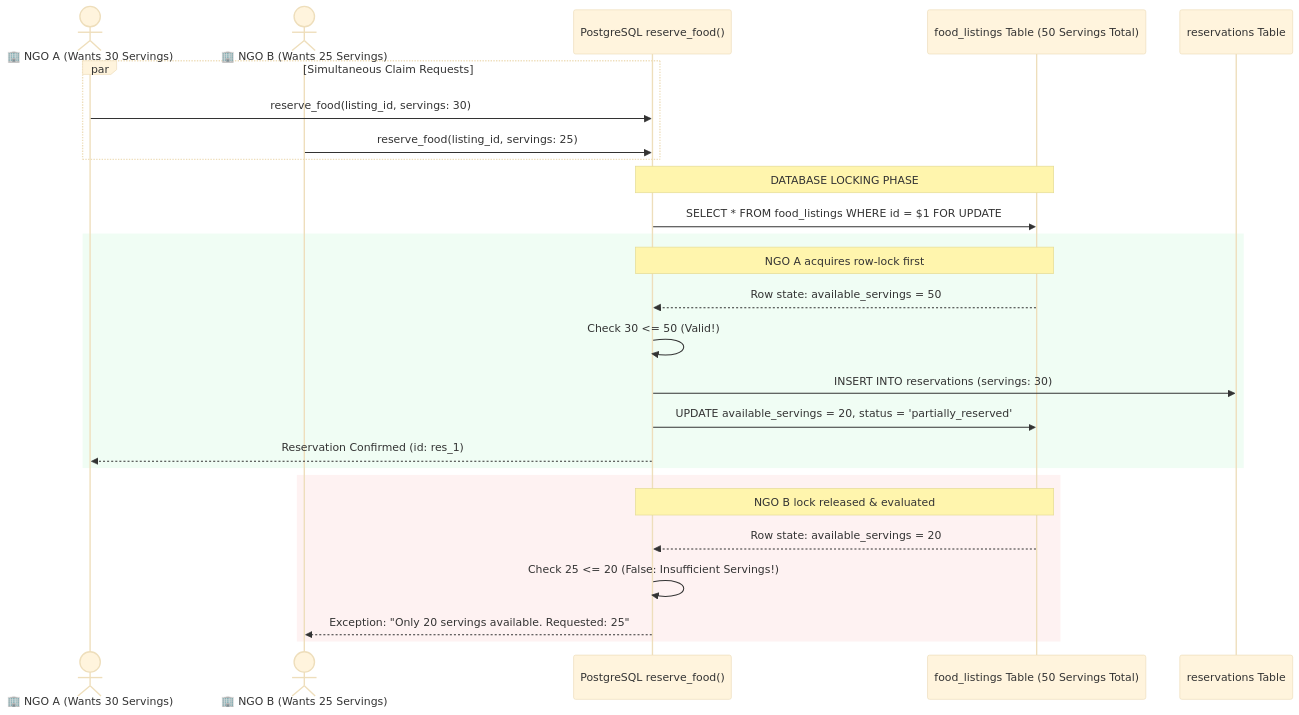
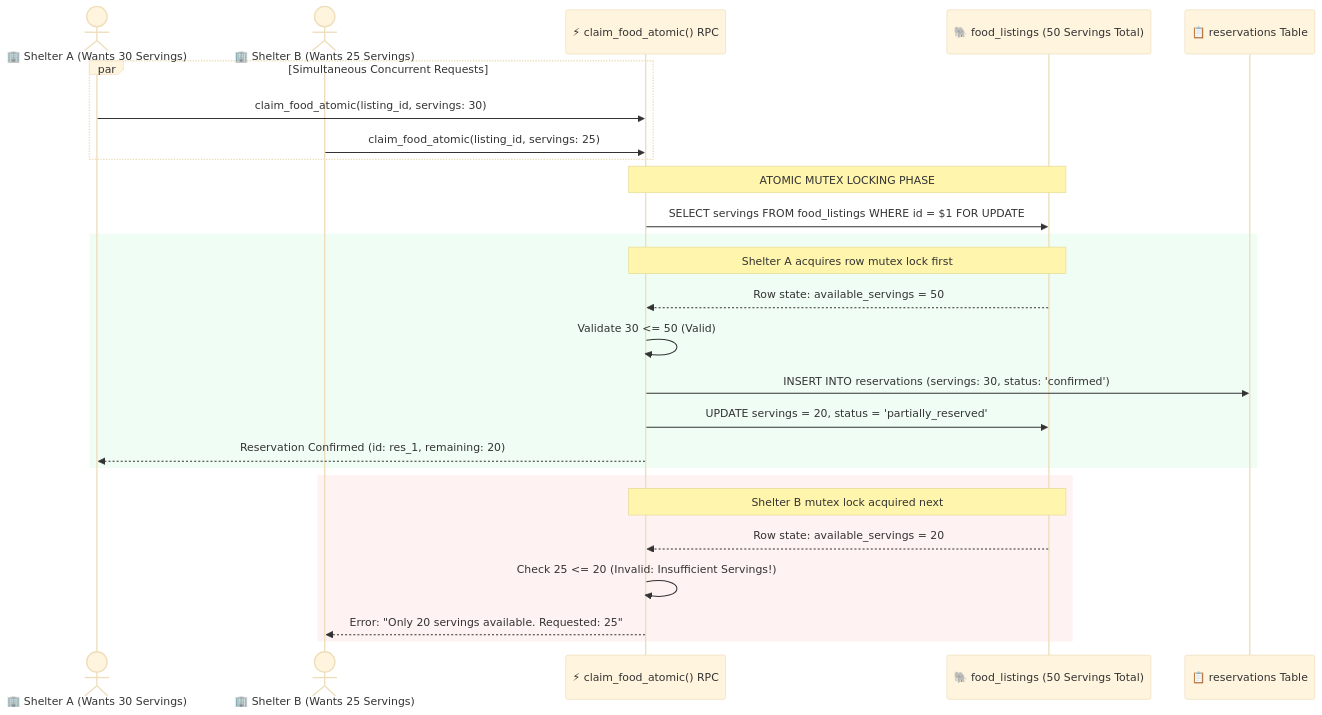
The fourth of 11 diagrams in docs/WORKFLOW_DIAGRAM.md (rohillanikhlesh2510/Sharebite---Food-rescuing-app), drawn with Mermaid (base theme) before and after one commit. The commit also changed other lines of this file, not shown here.

Commit message:
docs(workflows): upgrade visual lifecycle diagrams, offline PWA sync, and FSSAI organoleptic decision flows

````diff
--- a/docs/WORKFLOW_DIAGRAM.md
+++ b/docs/WORKFLOW_DIAGRAM.md
@@ -162,32 +164,32 @@
 ```mermaid
 sequenceDiagram
-    actor NGO1 as 🏢 NGO A (Wants 30 Servings)
-    actor NGO2 as 🏢 NGO B (Wants 25 Servings)
-    participant RPC as PostgreSQL reserve_food()
-    participant Table as food_listings Table (50 Servings Total)
-    participant Res as reservations Table
+    actor NGO1 as 🏢 Shelter A (Wants 30 Servings)
+    actor NGO2 as 🏢 Shelter B (Wants 25 Servings)
+    participant RPC as ⚡ claim_food_atomic() RPC
+    participant Table as 🐘 food_listings (50 Servings Total)
+    participant Res as 📋 reservations Table
 
-    par Simultaneous Claim Requests
-        NGO1->>RPC: reserve_food(listing_id, servings: 30)
-        NGO2->>RPC: reserve_food(listing_id, servings: 25)
+    par Simultaneous Concurrent Requests
+        NGO1->>RPC: claim_food_atomic(listing_id, servings: 30)
+        NGO2->>RPC: claim_food_atomic(listing_id, servings: 25)
     end
 
-    Note over RPC,Table: DATABASE LOCKING PHASE
-    RPC->>Table: SELECT * FROM food_listings WHERE id = $1 FOR UPDATE
+    Note over RPC,Table: ATOMIC MUTEX LOCKING PHASE
+    RPC->>Table: SELECT servings FROM food_listings WHERE id = $1 FOR UPDATE
 
     rect rgb(240, 253, 244)
-        Note over RPC,Table: NGO A acquires row-lock first
+        Note over RPC,Table: Shelter A acquires row mutex lock first
         Table-->>RPC: Row state: available_servings = 50
-        RPC->>RPC: Check 30 <= 50 (Valid!)
-        RPC->>Res: INSERT INTO reservations (servings: 30)
-        RPC->>Table: UPDATE available_servings = 20, status = 'partially_reserved'
-        RPC-->>NGO1: Reservation Confirmed (id: res_1)
+        RPC->>RPC: Validate 30 <= 50 (Valid)
+        RPC->>Res: INSERT INTO reservations (servings: 30, status: 'confirmed')
+        RPC->>Table: UPDATE servings = 20, status = 'partially_reserved'
+        RPC-->>NGO1: Reservation Confirmed (id: res_1, remaining: 20)
     end
 
     rect rgb(254, 242, 242)
-        Note over RPC,Table: NGO B lock released & evaluated
+        Note over RPC,Table: Shelter B mutex lock acquired next
         Table-->>RPC: Row state: available_servings = 20
-        RPC->>RPC: Check 25 <= 20 (False: Insufficient Servings!)
-        RPC-->>NGO2: Exception: "Only 20 servings available. Requested: 25"
+        RPC->>RPC: Check 25 <= 20 (Invalid: Insufficient Servings!)
+        RPC-->>NGO2: Error: "Only 20 servings available. Requested: 25"
     end
 ```
````
